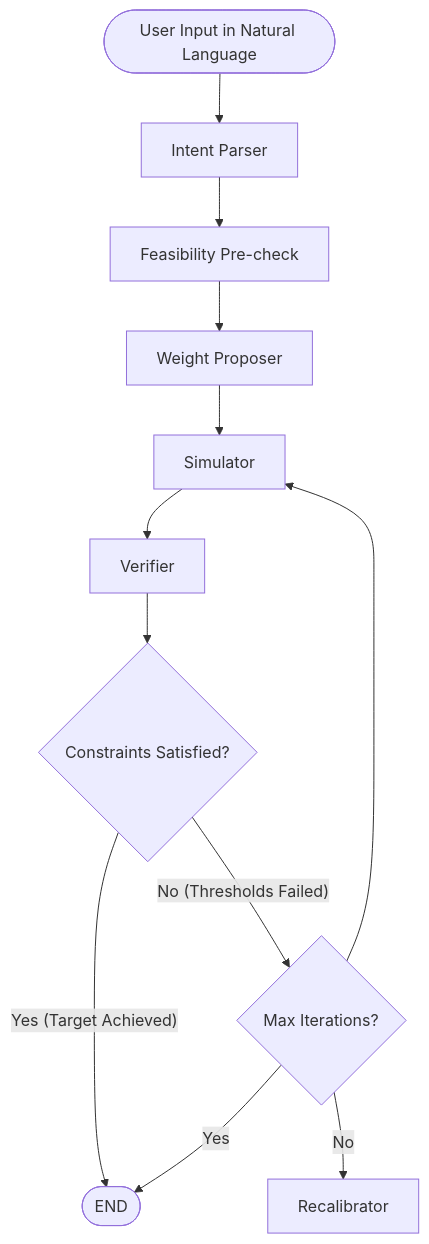
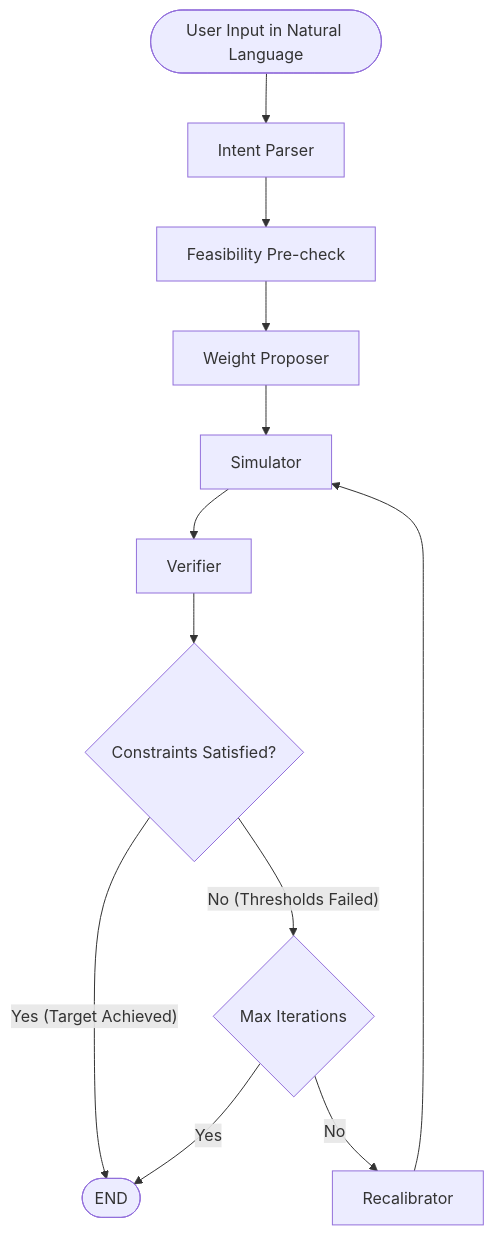
Before and after one commit to irinangela/IBN-agent: the diagram in README.md, drawn with Mermaid. The commit also changed other lines of this file and 11 other files, not shown here.

````diff
--- a/README.md
+++ b/README.md
@@ -11,14 +11,14 @@
 ```mermaid
 graph TD
     A([User Input in Natural Language]) --> B[Intent Parser]
     B --> C[Feasibility Pre-check]
     C --> D[Weight Proposer]
     D --> E[Simulator]
     E --> F[Verifier]
     F --> G{Constraints Satisfied?}
     G -- Yes (Target Achieved) --> H([END])
-    G -- No (Thresholds Failed) --> I{Max Iterations?}
+    G -- No (Thresholds Failed) --> I{Max Iterations}
     I -- Yes --> H
     I -- No --> J[Recalibrator]
-    I --> E
+    J --> E
 ```
````
